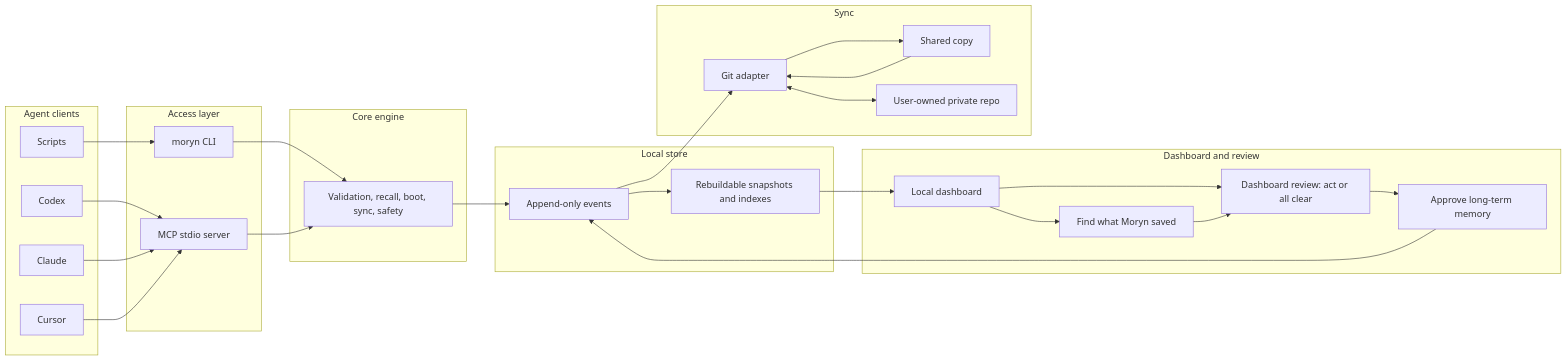
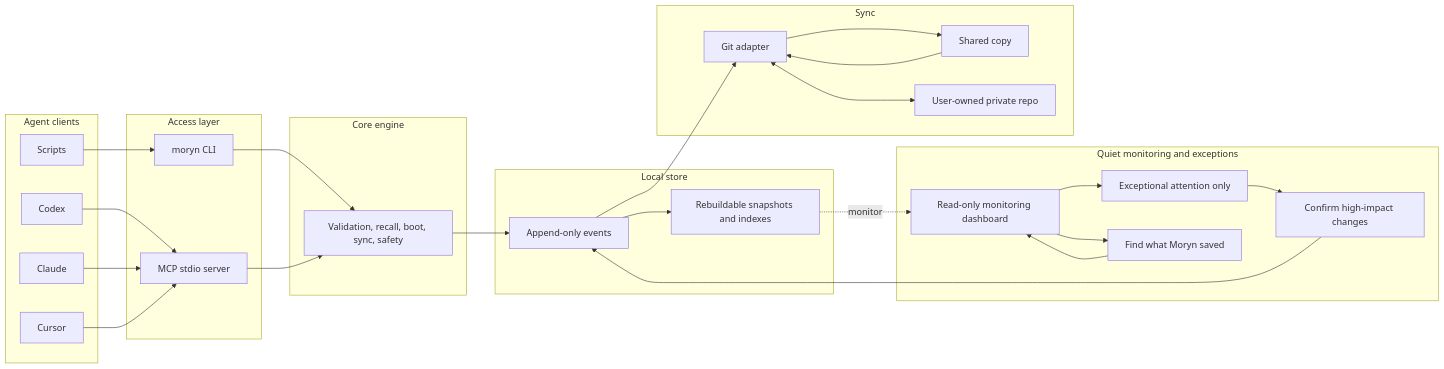
The diagram in README.md (Richardyu114/Moryn), drawn with Mermaid before and after one commit. The commit also changed other lines of this file and 1 other file, not shown here.

````diff
--- a/README.md
+++ b/README.md
@@ -134,55 +145,55 @@
 ```mermaid
 flowchart LR
   subgraph Agents["Agent clients"]
     Codex["Codex"]
     Claude["Claude"]
     Cursor["Cursor"]
     Scripts["Scripts"]
   end
 
   subgraph Access["Access layer"]
     CLI["moryn CLI"]
     MCP["MCP stdio server"]
   end
 
   subgraph Core["Core engine"]
     Engine["Validation, recall, boot, sync, safety"]
   end
 
   subgraph Store["Local store"]
     Events["Append-only events"]
     Views["Rebuildable snapshots and indexes"]
   end
 
-  subgraph ReviewLayer["Dashboard and review"]
-    Dashboard["Local dashboard"]
-    DashboardReview["Dashboard review: act or all clear"]
+  subgraph ReviewLayer["Quiet monitoring and exceptions"]
+    Dashboard["Read-only monitoring dashboard"]
+    DashboardReview["Exceptional attention only"]
     MemorySearch["Find what Moryn saved"]
-    Approve["Approve long-term memory"]
+    Approve["Confirm high-impact changes"]
   end
 
   subgraph Sync["Sync"]
     Git["Git adapter"]
     SharedCopy["Shared copy"]
     Remote["User-owned private repo"]
   end
 
   Codex --> MCP
   Claude --> MCP
   Cursor --> MCP
   Scripts --> CLI
   CLI --> Engine
   MCP --> Engine
   Engine --> Events
   Events --> Views
-  Views --> Dashboard
+  Views -. monitor .-> Dashboard
   Dashboard --> DashboardReview
   Dashboard --> MemorySearch
   DashboardReview --> Approve
-  MemorySearch --> DashboardReview
+  MemorySearch --> Dashboard
   Approve --> Events
   Events --> Git
   Git --> SharedCopy
   SharedCopy --> Git
   Git <--> Remote
 ```
````
